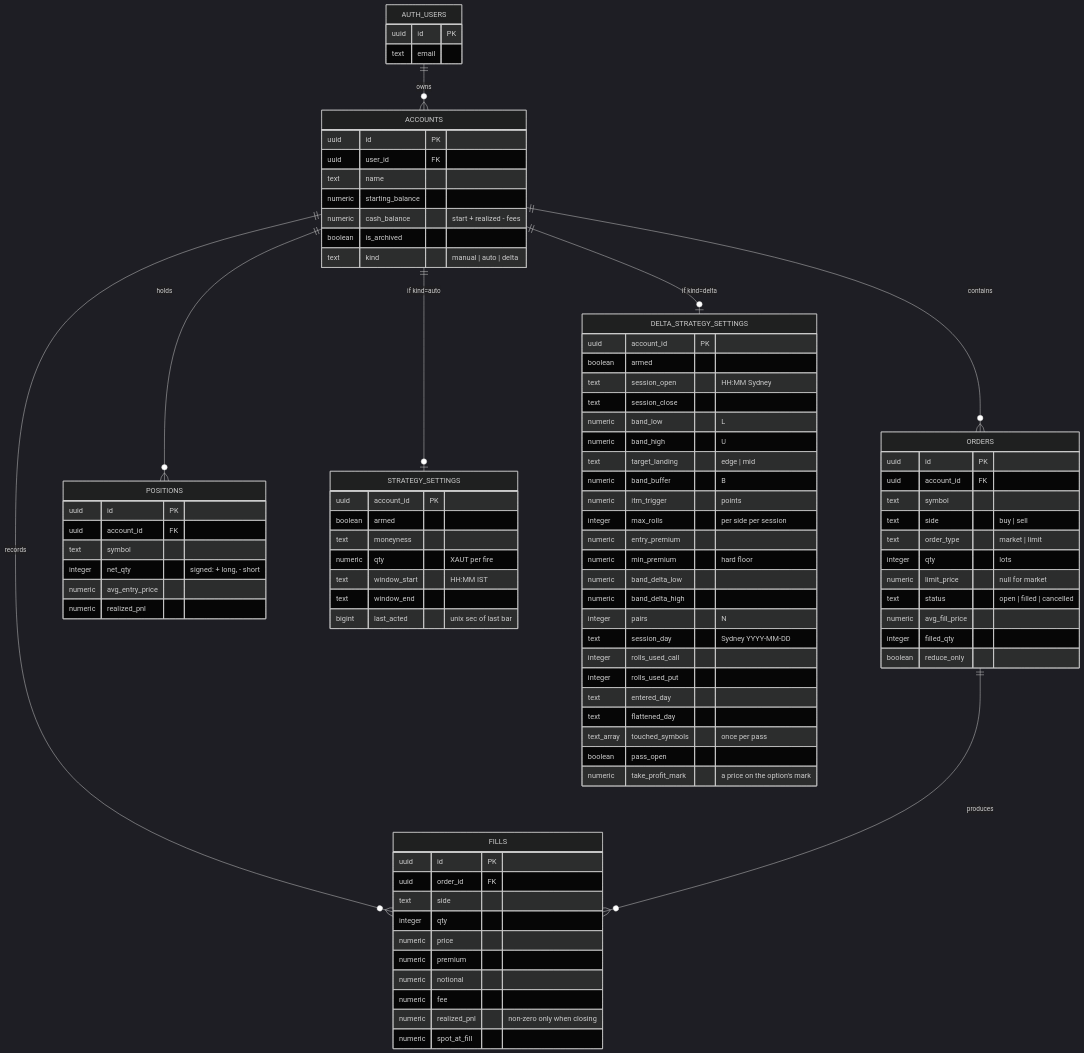
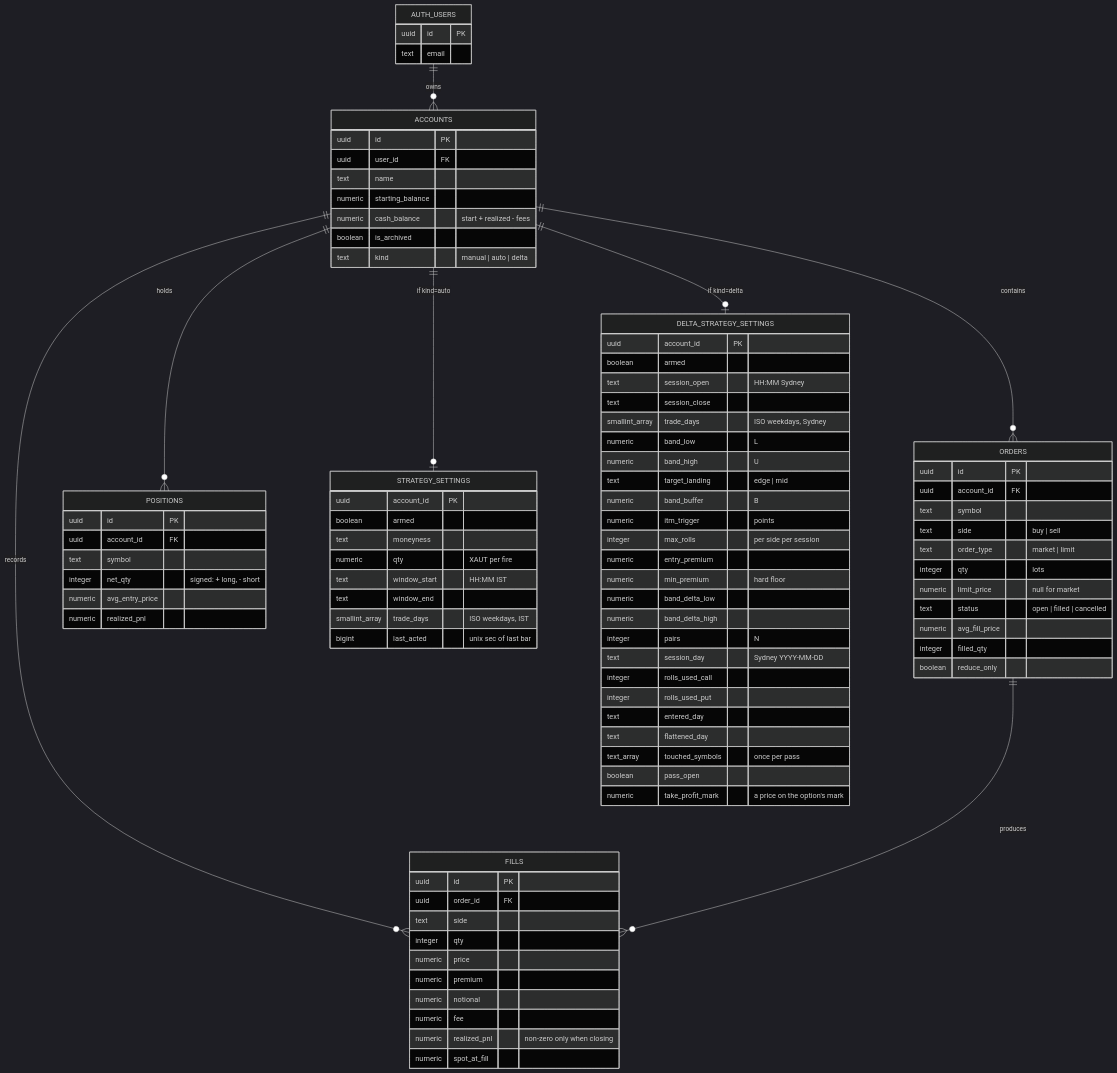
The first of 6 diagrams in docs/LLD.md (Vitti-Capital-Tech/XAUT-Options), drawn with Mermaid (dark theme) before and after one commit. The commit also changed other lines of this file and 10 other files, not shown here.

```diff
--- a/docs/LLD.md
+++ b/docs/LLD.md
@@ -71,6 +71,7 @@
         numeric qty "XAUT per fire"
         text window_start "HH:MM IST"
         text window_end
+        smallint_array trade_days "ISO weekdays, IST"
         bigint last_acted "unix sec of last bar"
     }
     DELTA_STRATEGY_SETTINGS {
@@ -78,6 +79,7 @@
         boolean armed
         text session_open "HH:MM Sydney"
         text session_close
+        smallint_array trade_days "ISO weekdays, Sydney"
         numeric band_low "L"
         numeric band_high "U"
         text target_landing "edge | mid"
```
